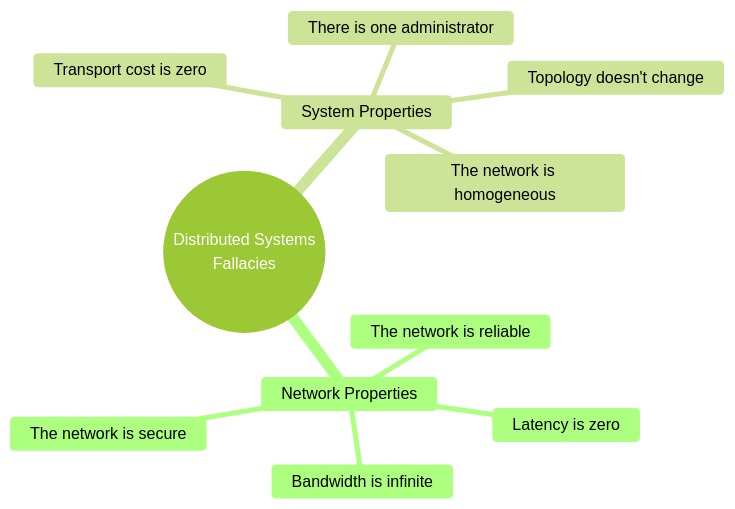
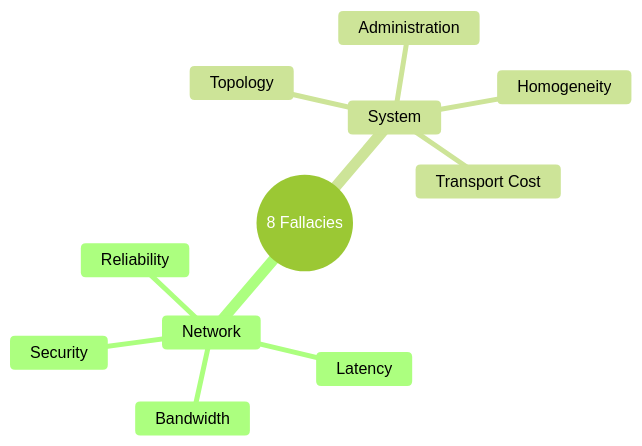
Before and after one commit to deepaucksharma/DStudio: the first of 2 diagrams in docs/introduction/index.md, drawn with Mermaid (forest theme). The commit also changed other lines of this file and 210 other files, not shown here.

````diff
--- a/docs/introduction/index.md
+++ b/docs/introduction/index.md
@@ -46,14 +38,14 @@
 ```mermaid
 mindmap
-  root((Distributed Systems<br/>Fallacies))
-    Network Properties
-      The network is reliable
-      Latency is zero
-      Bandwidth is infinite
-      The network is secure
-    System Properties
-      Topology doesn't change
-      There is one administrator
-      Transport cost is zero
-      The network is homogeneous
+  root((8 Fallacies))
+    Network
+      Reliability
+      Latency
+      Bandwidth
+      Security
+    System
+      Topology
+      Administration
+      Transport Cost
+      Homogeneity
 ```
````
